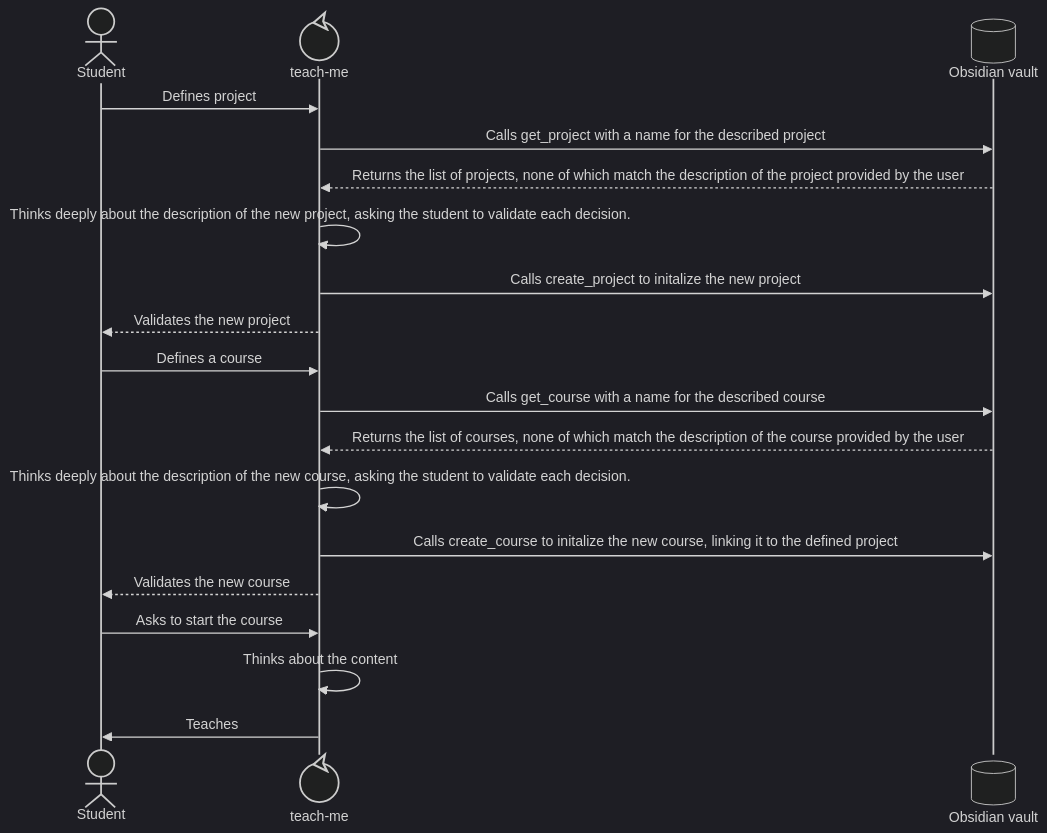
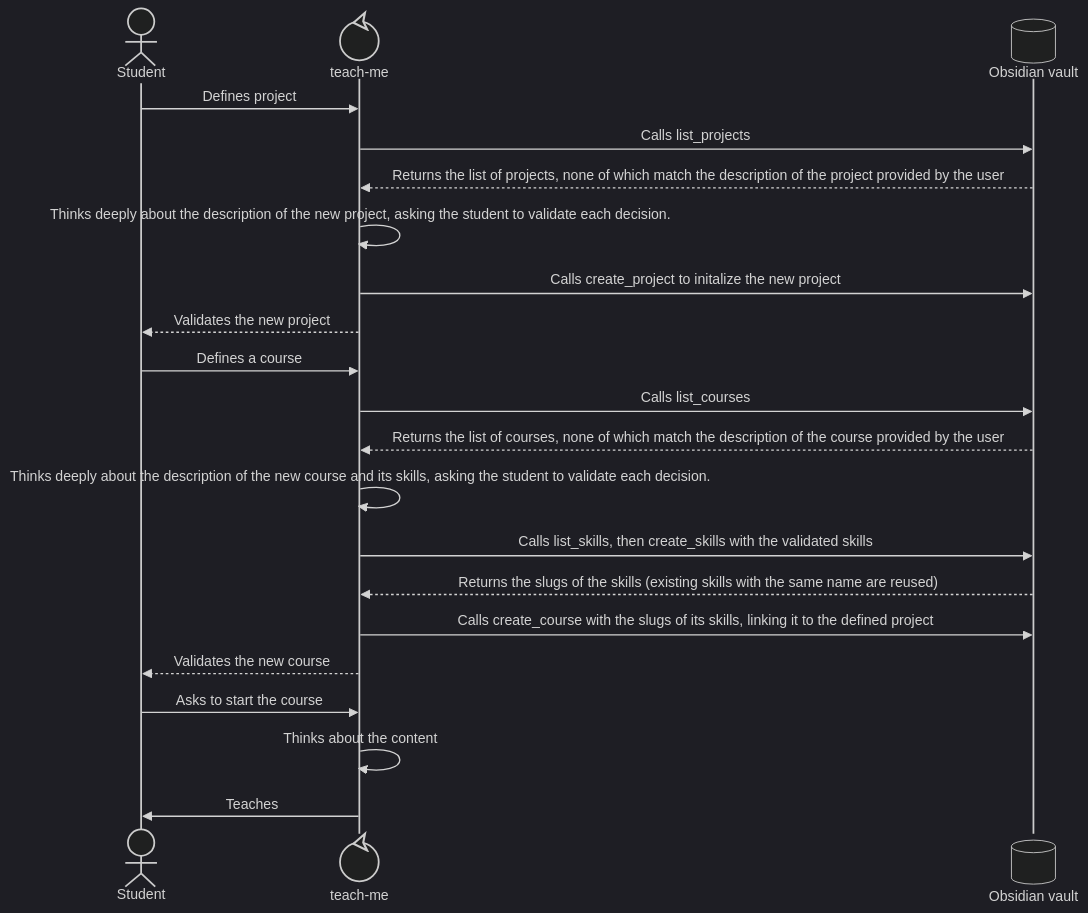
One commit to Gummyy/teach-me-plugin changed the diagram in teach-me/references/initializing_course_and_project.md. Above: the diagram before and after it, drawn with Mermaid (dark theme). The commit also changed other lines of this file and 18 other files, not shown here.

Commit message:
feature: skills and project now have associated tools which live in a separate file + matches the SKILL

````diff
--- a/teach-me/references/initializing_course_and_project.md
+++ b/teach-me/references/initializing_course_and_project.md
@@ -5,23 +5,25 @@
 ```mermaid
 sequenceDiagram
 	actor user as Student
 	participant teachme@{ type: "control"} as teach-me
 	participant vault@{ type: "database"} as Obsidian vault
 	
 	user->>teachme : Defines project
-	teachme->>vault : Calls get_project with a name for the described project
+	teachme->>vault : Calls list_projects
   vault-->>teachme : Returns the list of projects, none of which match the description of the project provided by the user
   teachme->>teachme : Thinks deeply about the description of the new project, asking the student to validate each decision.
 	teachme->>vault : Calls create_project to initalize the new project
 	teachme-->>user : Validates the new project
 	user->>teachme : Defines a course
-	teachme->>vault : Calls get_course with a name for the described course
+	teachme->>vault : Calls list_courses
   vault-->>teachme : Returns the list of courses, none of which match the description of the course provided by the user
-  teachme->>teachme : Thinks deeply about the description of the new course, asking the student to validate each decision.
-	teachme->>vault : Calls create_course to initalize the new course, linking it to the defined project
+  teachme->>teachme : Thinks deeply about the description of the new course and its skills, asking the student to validate each decision.
+	teachme->>vault : Calls list_skills, then create_skills with the validated skills
+	vault-->>teachme : Returns the slugs of the skills (existing skills with the same name are reused)
+	teachme->>vault : Calls create_course with the slugs of its skills, linking it to the defined project
 	teachme-->>user : Validates the new course
 	
 	user->>teachme : Asks to start the course
 	teachme->>teachme : Thinks about the content
 	teachme->>user : Teaches
 ```
````
